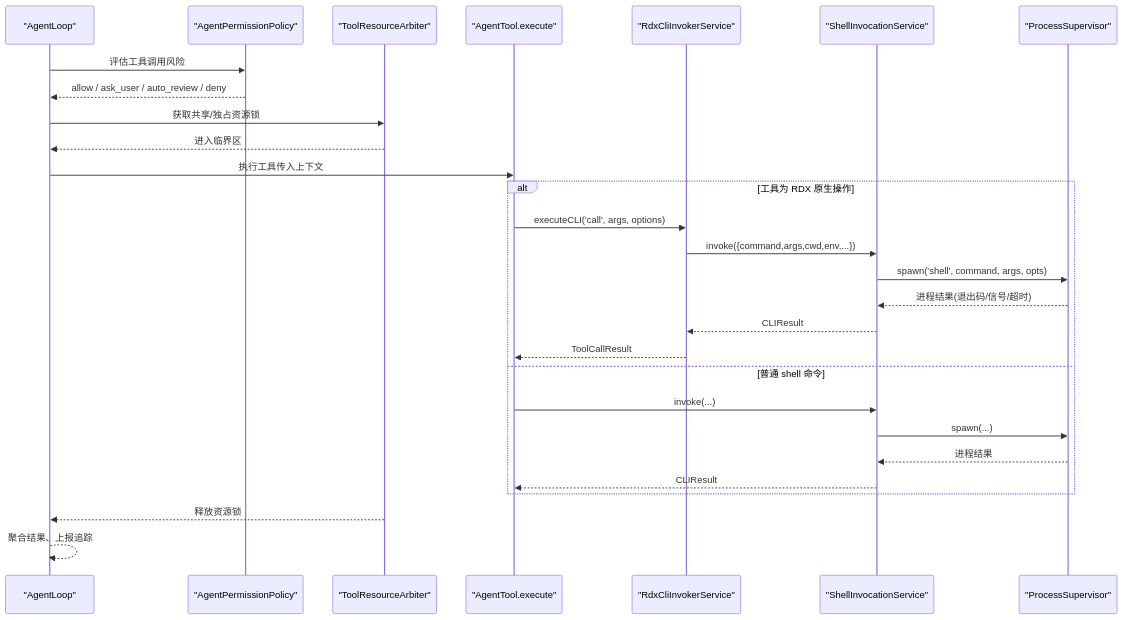
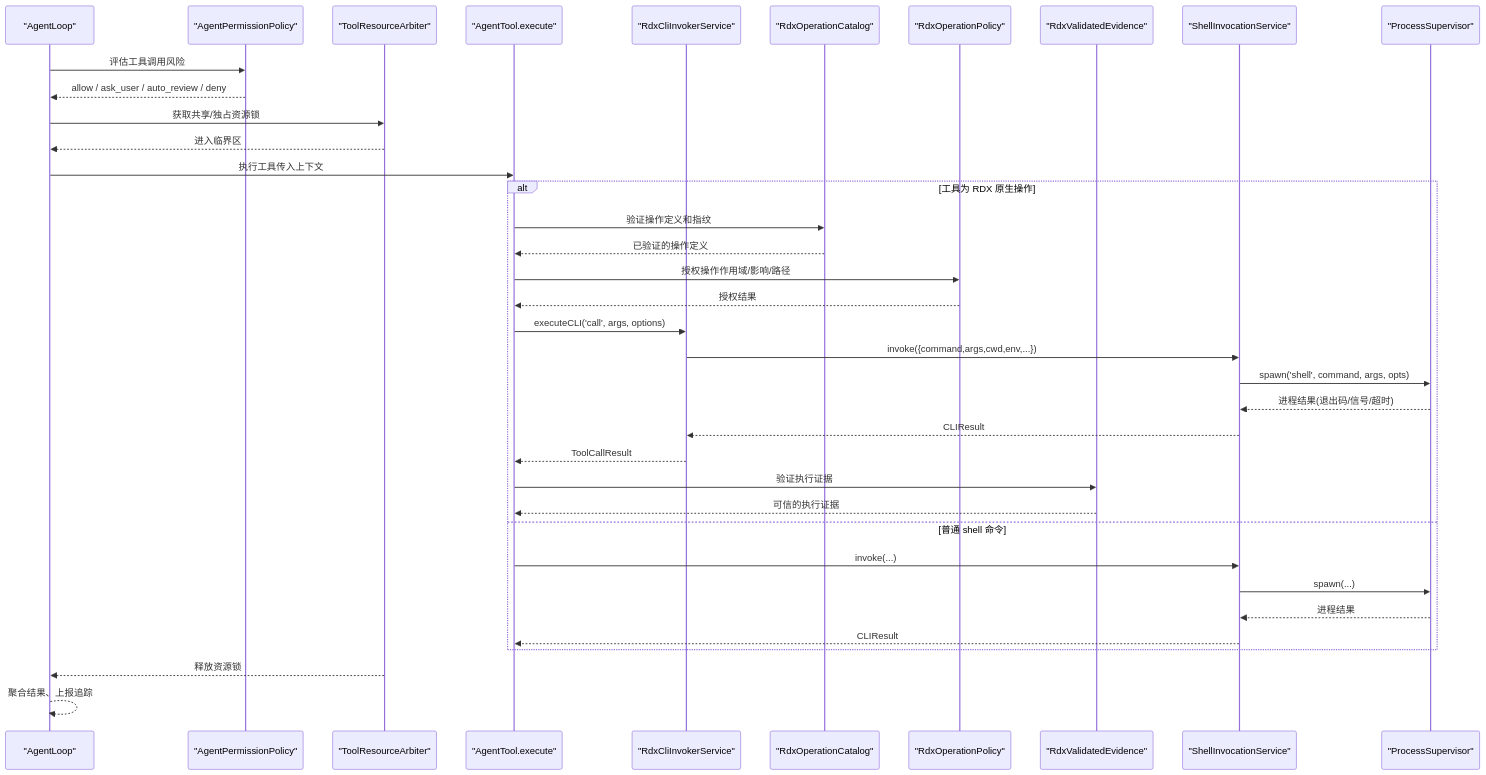
The second of 15 diagrams in .qoder/repowiki/zh/content/核心模块/工具系统/工具系统.md (haolange/RDC-Agent), drawn with Mermaid before and after one commit. The commit also changed other lines of this file and 221 other files, not shown here.

````diff
--- a/.qoder/repowiki/zh/content/核心模块/工具系统/工具系统.md
+++ b/.qoder/repowiki/zh/content/核心模块/工具系统/工具系统.md
@@ -120,30 +154,39 @@
 ```mermaid
 sequenceDiagram
 participant Agent as "AgentLoop"
 participant Perm as "AgentPermissionPolicy"
 participant Res as "ToolResourceArbiter"
 participant Tool as "AgentTool.execute"
 participant Cli as "RdxCliInvokerService"
+participant Cat as "RdxOperationCatalog"
+participant Pol as "RdxOperationPolicy"
+participant Ev as "RdxValidatedEvidence"
 participant Shell as "ShellInvocationService"
 participant Proc as "ProcessSupervisor"
 Agent->>Perm : 评估工具调用风险
 Perm-->>Agent : allow / ask_user / auto_review / deny
 Agent->>Res : 获取共享/独占资源锁
 Res-->>Agent : 进入临界区
 Agent->>Tool : 执行工具传入上下文
 alt 工具为 RDX 原生操作
+Tool->>Cat : 验证操作定义和指纹
+Cat-->>Tool : 已验证的操作定义
+Tool->>Pol : 授权操作作用域/影响/路径
+Pol-->>Tool : 授权结果
 Tool->>Cli : executeCLI('call', args, options)
 Cli->>Shell : invoke({command,args,cwd,env,...})
 Shell->>Proc : spawn('shell', command, args, opts)
 Proc-->>Shell : 进程结果(退出码/信号/超时)
 Shell-->>Cli : CLIResult
 Cli-->>Tool : ToolCallResult
+Tool->>Ev : 验证执行证据
+Ev-->>Tool : 可信的执行证据
 else 普通 shell 命令
 Tool->>Shell : invoke(...)
 Shell->>Proc : spawn(...)
 Proc-->>Shell : 进程结果
 Shell-->>Tool : CLIResult
 end
 Res-->>Agent : 释放资源锁
 Agent-->>Agent : 聚合结果、上报追踪
 ```
````
